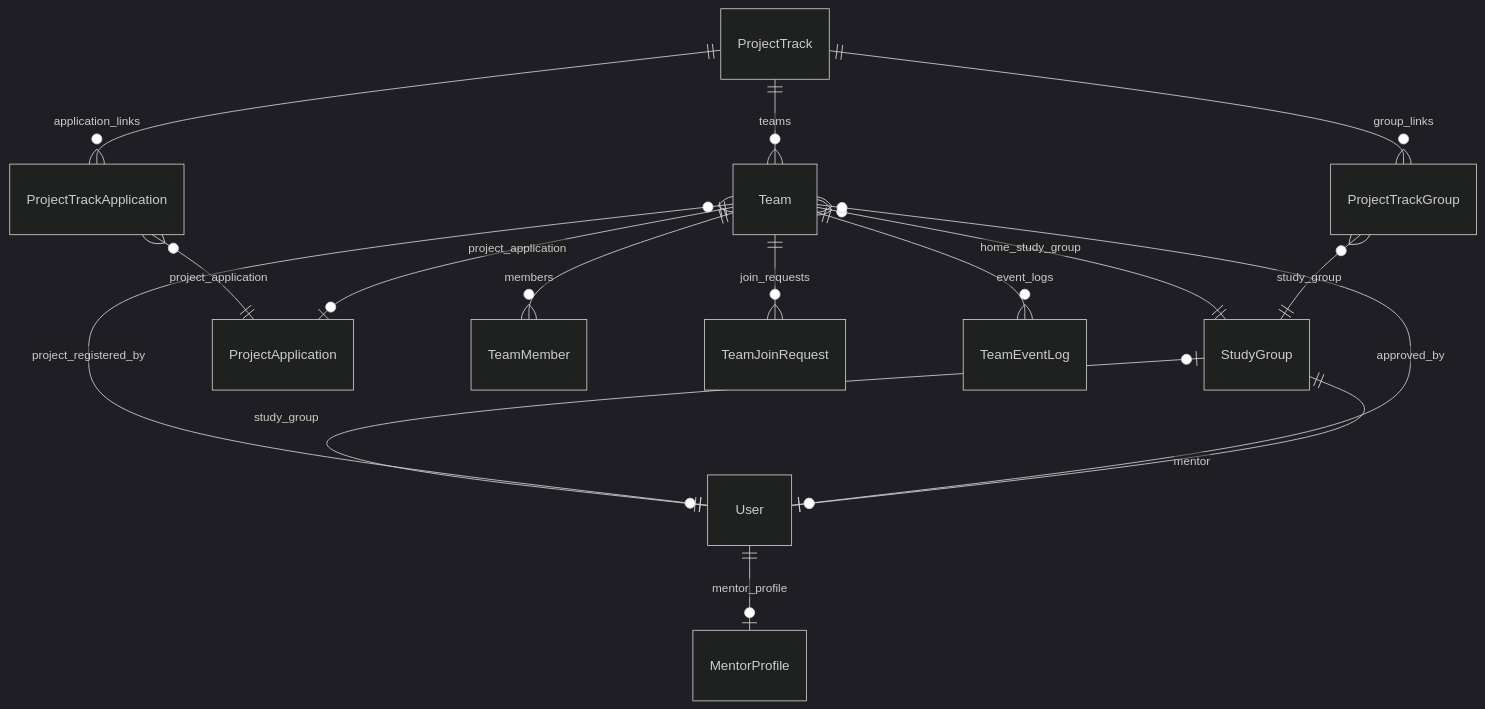
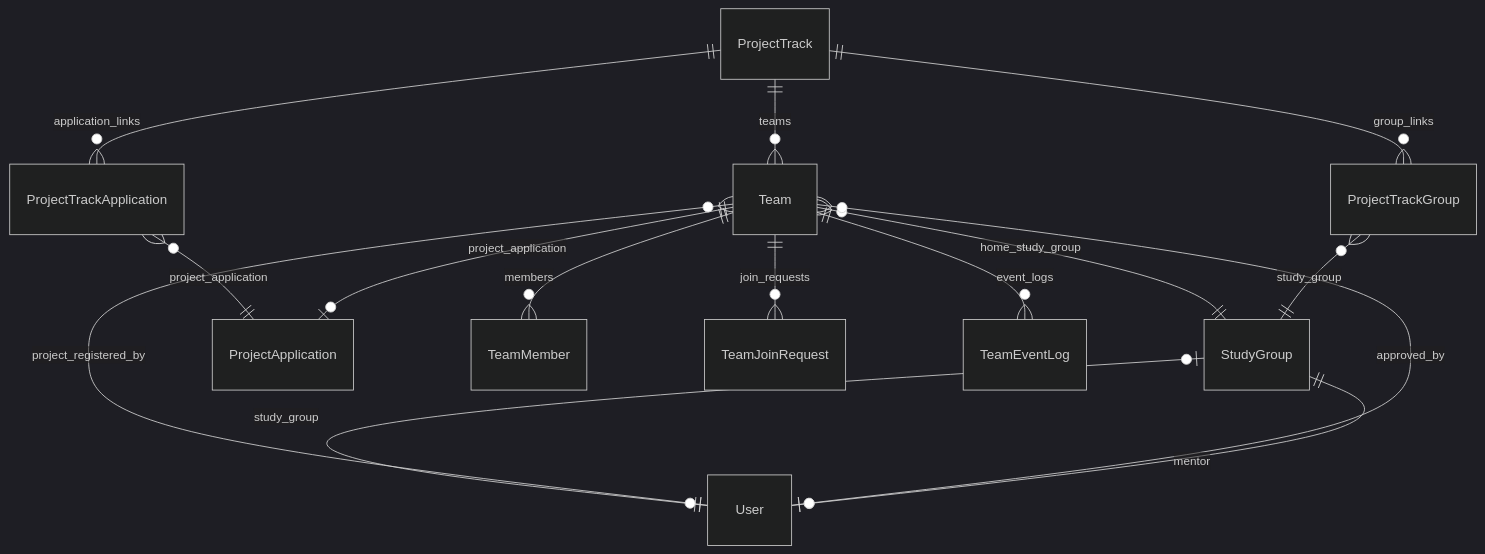
One commit to RUT-MIIT/project_activity_server changed the second of 3 diagrams in docs/db/student_portal_schema.md. Above: the diagram before and after it, drawn with Mermaid (dark theme). The commit also changed other lines of this file and 402 other files, not shown here.

````diff
--- a/docs/db/student_portal_schema.md
+++ b/docs/db/student_portal_schema.md
@@ -91,18 +91,17 @@
 ```mermaid
 erDiagram
     StudyGroup ||--o| User : mentor
-    User ||--o| MentorProfile : mentor_profile
     User ||--o| StudyGroup : study_group
     ProjectTrack ||--o{ ProjectTrackGroup : group_links
     ProjectTrackGroup }o--|| StudyGroup : study_group
     ProjectTrack ||--o{ Team : teams
     Team }o--|| StudyGroup : home_study_group
     Team ||--o| ProjectApplication : project_application
     Team ||--o{ TeamMember : members
     Team ||--o{ TeamJoinRequest : join_requests
     Team ||--o{ TeamEventLog : event_logs
     Team }o--o| User : approved_by
     Team }o--o| User : project_registered_by
     ProjectTrack ||--o{ ProjectTrackApplication : application_links
     ProjectTrackApplication }o--|| ProjectApplication : project_application
 ```
````
